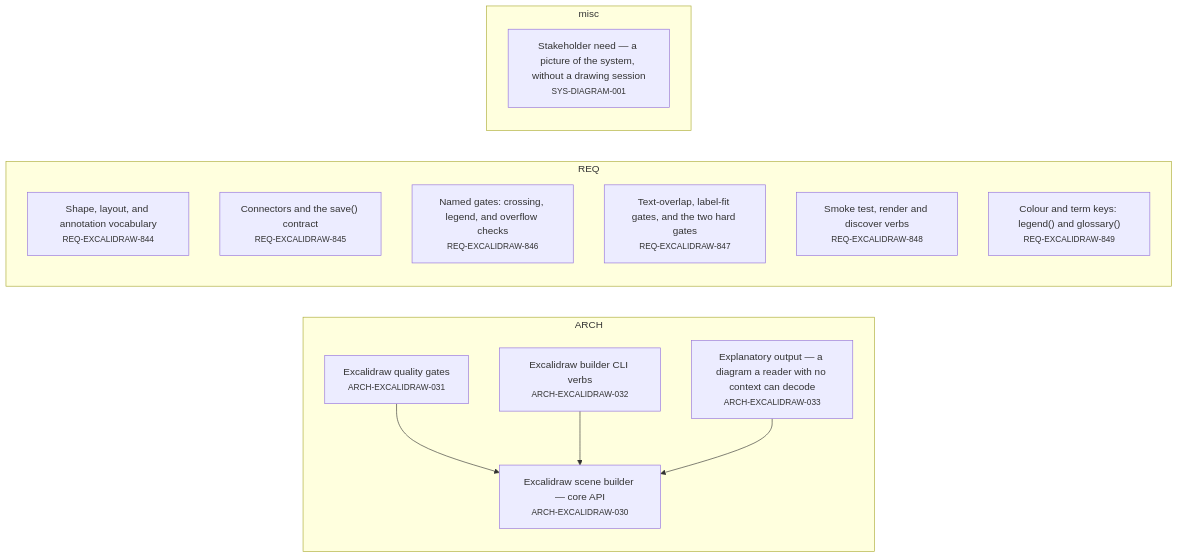
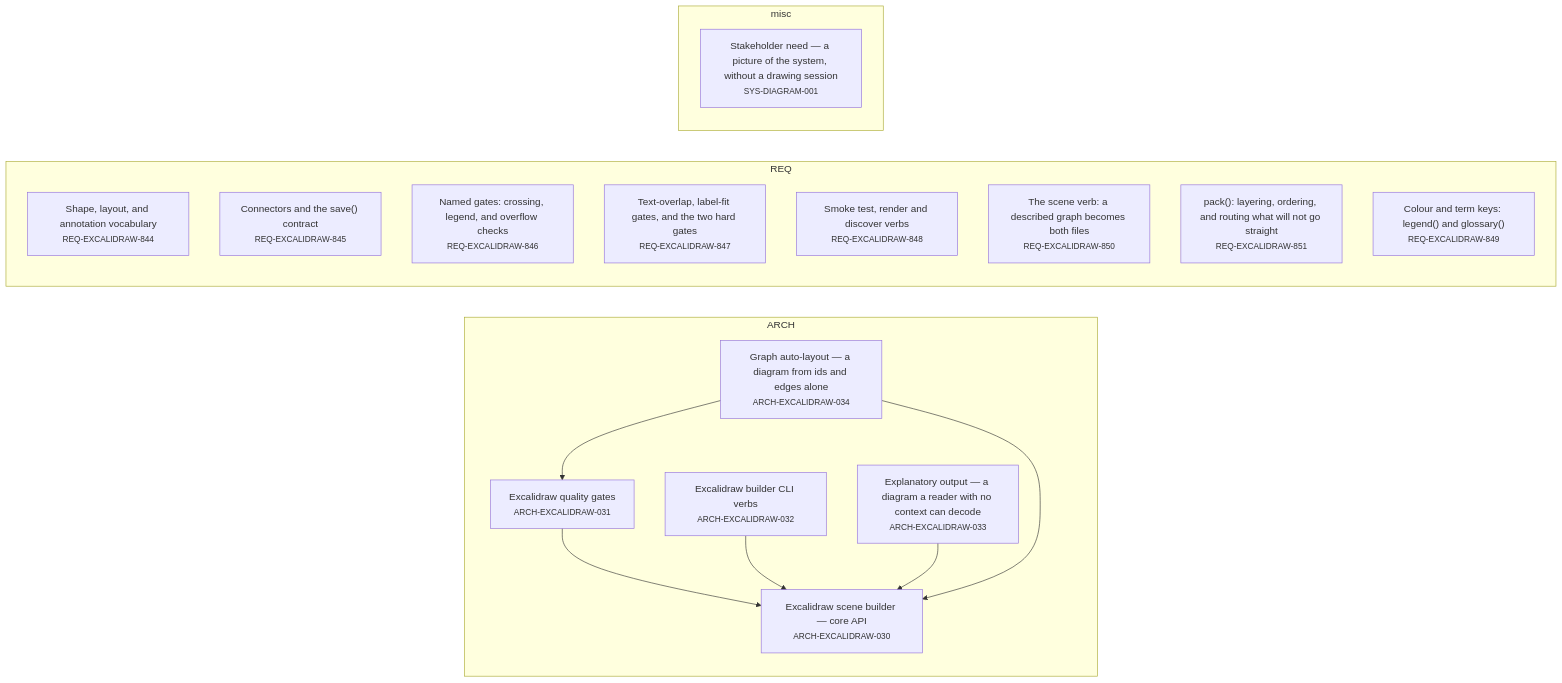
Before and after one commit to alxmax/excalidraw-diagram: the second of 5 diagrams in plugin/requirements/_map.md, drawn with Mermaid. The commit also changed other lines of this file and 30 other files, not shown here.

````diff
--- a/plugin/requirements/_map.md
+++ b/plugin/requirements/_map.md
@@ -33,23 +35,28 @@
 ```mermaid
 graph LR
   subgraph sg_ARCH["ARCH"]
     ARCH_EXCALIDRAW_030["Excalidraw scene builder — core API<br><small>ARCH-EXCALIDRAW-030</small>"]
     ARCH_EXCALIDRAW_031["Excalidraw quality gates<br><small>ARCH-EXCALIDRAW-031</small>"]
     ARCH_EXCALIDRAW_032["Excalidraw builder CLI verbs<br><small>ARCH-EXCALIDRAW-032</small>"]
     ARCH_EXCALIDRAW_033["Explanatory output — a diagram a reader with no context can decode<br><small>ARCH-EXCALIDRAW-033</small>"]
+    ARCH_EXCALIDRAW_034["Graph auto-layout — a diagram from ids and edges alone<br><small>ARCH-EXCALIDRAW-034</small>"]
   end
   subgraph sg_REQ["REQ"]
     REQ_EXCALIDRAW_844["Shape, layout, and annotation vocabulary<br><small>REQ-EXCALIDRAW-844</small>"]
     REQ_EXCALIDRAW_845["Connectors and the save() contract<br><small>REQ-EXCALIDRAW-845</small>"]
     REQ_EXCALIDRAW_846["Named gates: crossing, legend, and overflow checks<br><small>REQ-EXCALIDRAW-846</small>"]
     REQ_EXCALIDRAW_847["Text-overlap, label-fit gates, and the two hard gates<br><small>REQ-EXCALIDRAW-847</small>"]
     REQ_EXCALIDRAW_848["Smoke test, render and discover verbs<br><small>REQ-EXCALIDRAW-848</small>"]
+    REQ_EXCALIDRAW_850["The scene verb: a described graph becomes both files<br><small>REQ-EXCALIDRAW-850</small>"]
+    REQ_EXCALIDRAW_851["pack(): layering, ordering, and routing what will not go straight<br><small>REQ-EXCALIDRAW-851</small>"]
     REQ_EXCALIDRAW_849["Colour and term keys: legend() and glossary()<br><small>REQ-EXCALIDRAW-849</small>"]
   end
   subgraph sg_misc["misc"]
     SYS_DIAGRAM_001["Stakeholder need — a picture of the system, without a drawing session<br><small>SYS-DIAGRAM-001</small>"]
   end
   ARCH_EXCALIDRAW_031 --> ARCH_EXCALIDRAW_030
   ARCH_EXCALIDRAW_032 --> ARCH_EXCALIDRAW_030
   ARCH_EXCALIDRAW_033 --> ARCH_EXCALIDRAW_030
+  ARCH_EXCALIDRAW_034 --> ARCH_EXCALIDRAW_030
+  ARCH_EXCALIDRAW_034 --> ARCH_EXCALIDRAW_031
 ```
````
